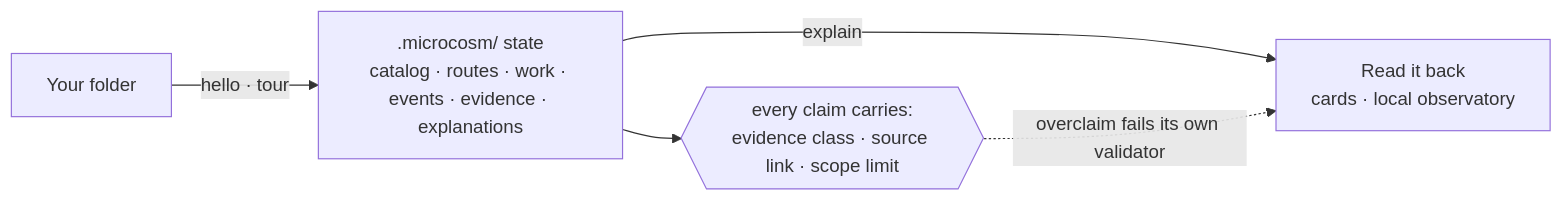
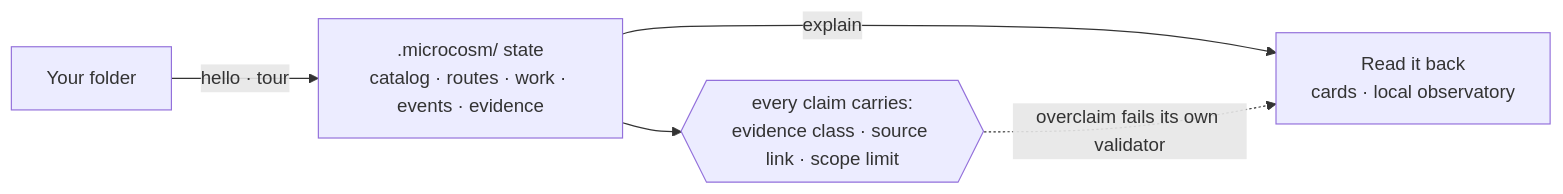
The diagram in README.md (wcook04/microcosm-substrate), drawn with Mermaid before and after one commit. The commit also changed other lines of this file and 4970 other files, not shown here.

````diff
--- a/README.md
+++ b/README.md
@@ -49,7 +63,7 @@
 ```mermaid
 flowchart LR
-  A["Your folder"] -->|"hello · tour"| B[".microcosm/ state<br/>catalog · routes · work · events · evidence · explanations"]
+  A["Your folder"] -->|"hello · tour"| B[".microcosm/ state<br/>catalog · routes · work · events · evidence"]
   B -->|"explain"| C["Read it back<br/>cards · local observatory"]
   B --> D{{"every claim carries:<br/>evidence class · source link · scope limit"}}
   D -.->|"overclaim fails its own validator"| C
 ```
````
